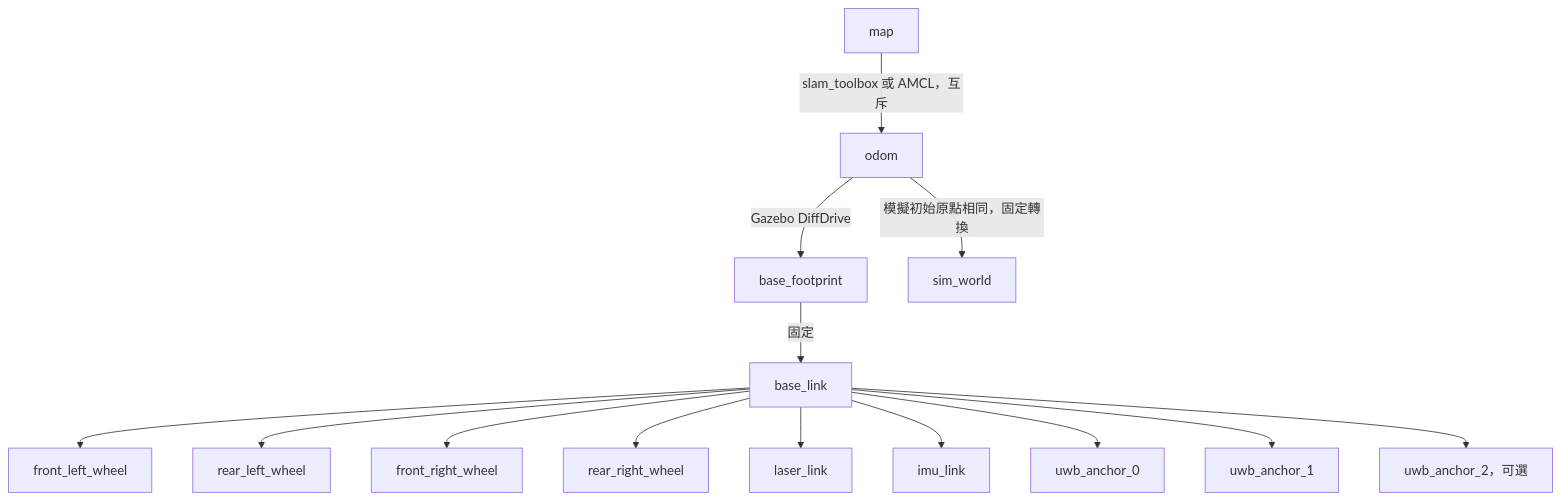
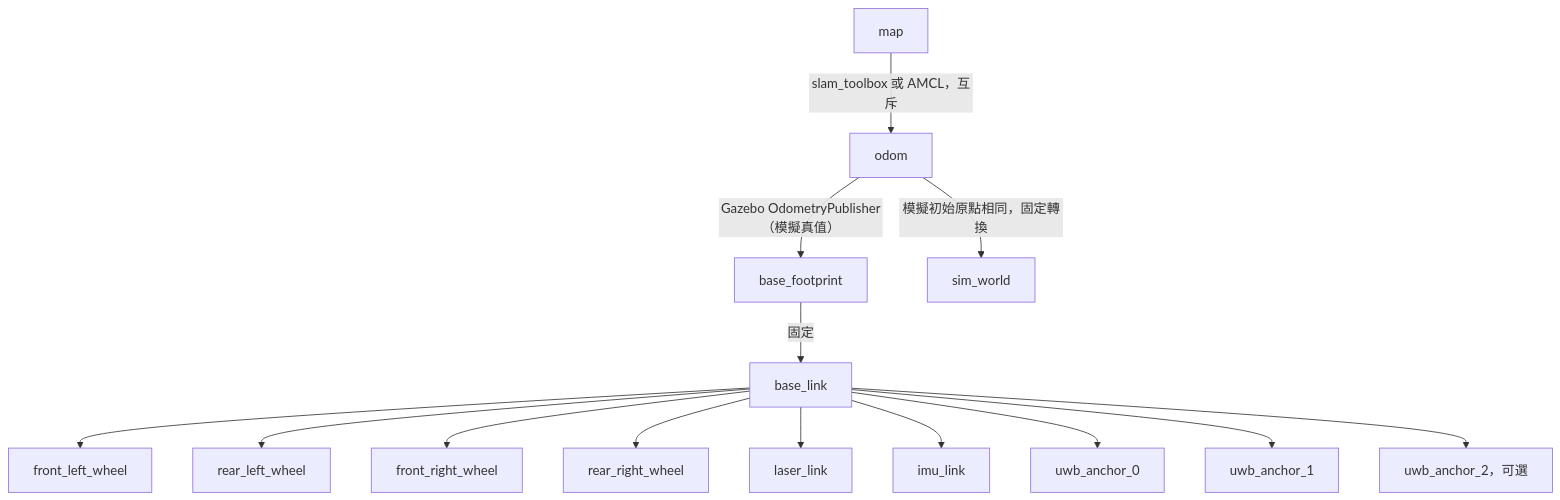
One commit to 2006wu/Almighty-shopping-car changed the second of 2 diagrams in docs/ARCHITECTURE.md. Above: the diagram before and after it, drawn with Mermaid. The commit also changed other lines of this file and 3 other files, not shown here.

````diff
--- a/docs/ARCHITECTURE.md
+++ b/docs/ARCHITECTURE.md
@@ -40,16 +40,16 @@
 ```mermaid
 flowchart TD
   map[map] -->|slam_toolbox 或 AMCL，互斥| odom[odom]
-  odom -->|Gazebo DiffDrive| footprint[base_footprint]
+  odom -->|Gazebo OdometryPublisher（模擬真值）| footprint[base_footprint]
   footprint -->|固定| base[base_link]
   base --> fl[front_left_wheel]
   base --> rl[rear_left_wheel]
   base --> fr[front_right_wheel]
   base --> rr[rear_right_wheel]
   base --> laser[laser_link]
   base --> imu[imu_link]
   base --> a0[uwb_anchor_0]
   base --> a1[uwb_anchor_1]
   base --> a2[uwb_anchor_2，可選]
   odom -->|模擬初始原點相同，固定轉換| world[sim_world]
 ```
````
